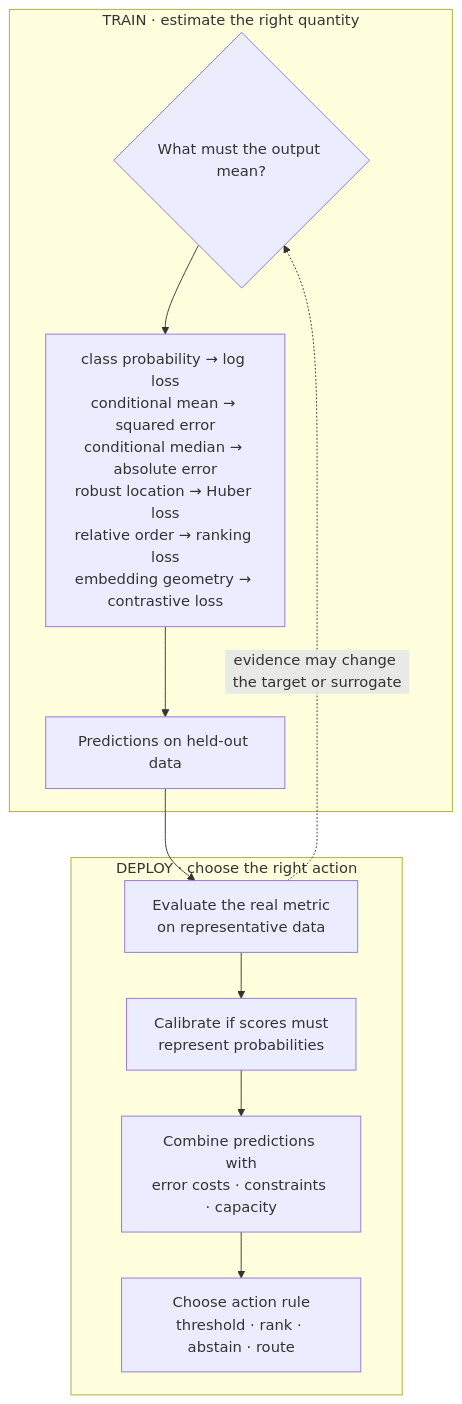
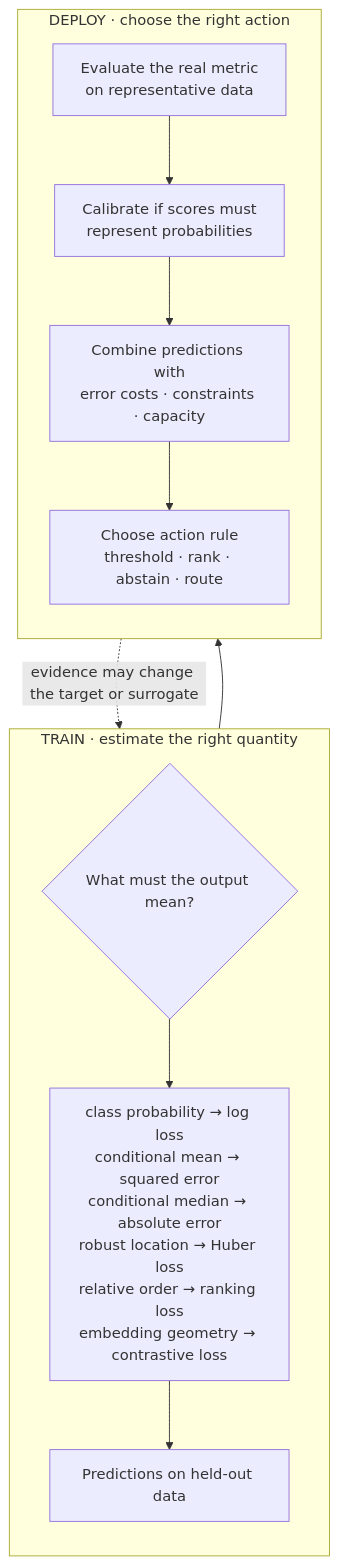
Before and after one commit to mlmentorship/mlmentorship.github.io: the diagram in src/content/posts/2026-03-09-how-to-choose-loss-function.md, drawn with Mermaid. The commit also changed 50 other files, not shown here.

````diff
--- a/src/content/posts/2026-03-09-how-to-choose-loss-function.md
+++ b/src/content/posts/2026-03-09-how-to-choose-loss-function.md
@@ -40,23 +40,25 @@
 ```mermaid
 flowchart TB
 	accTitle: Choosing a training loss is separate from choosing a deployment action
 	accDescr: The training rail begins by asking what quantity the model must estimate. A probability distribution maps to log loss, a conditional mean to squared error, a conditional median to absolute error, a robust location to Huber loss, an ordering to a ranking loss, and embedding geometry to a contrastive loss. These produce predictions on held-out data. The deployment rail evaluates those predictions against the real metric, calibrates scores when probabilities are required, and combines predictions with error costs, constraints, and capacity to choose a threshold, ranking, abstention, or route. A dashed feedback arrow sends deployment evidence back to the prediction target and surrogate choice.
 	subgraph Train["TRAIN · estimate the right quantity"]
+		direction TB
 		Q{"What must the output mean?"}
 		Q --> L["class probability → log loss<br/>conditional mean → squared error<br/>conditional median → absolute error<br/>robust location → Huber loss<br/>relative order → ranking loss<br/>embedding geometry → contrastive loss"]
 		L --> O["Predictions on held-out data"]
 	end
 	subgraph Deploy["DEPLOY · choose the right action"]
+		direction TB
 		O --> V["Evaluate the real metric<br/>on representative data"]
 		V --> C["Calibrate if scores must<br/>represent probabilities"]
 		C --> K["Combine predictions with<br/>error costs · constraints · capacity"]
 		K --> A["Choose action rule<br/>threshold · rank · abstain · route"]
 	end
 	V -. "evidence may change the target or surrogate" .-> Q
 	class Q viz-focus
 	class L viz-input
 	class O,V,C viz-neutral
 	class K viz-state
 	class A viz-output
 	class Q viz-tall
 ```
````
